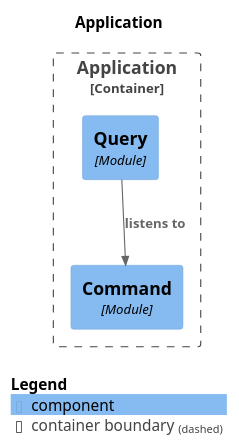
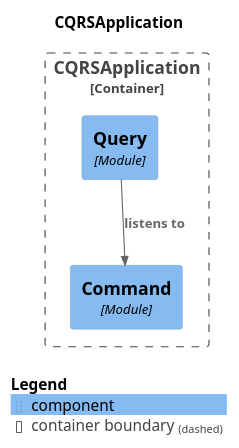
One commit to odrotbohm/cqrs-spring-modulith changed the diagram in generated-docs/uml/components.puml. Above: the diagram before and after it, drawn with PlantUML. The commit also changed 9 other files, not shown here.

```diff
--- a/generated-docs/uml/components.puml
+++ b/generated-docs/uml/components.puml
@@ -1,19 +1,19 @@
 @startuml
 set separator none
-title Application
+title CQRSApplication
 
 top to bottom direction
 
 !include <C4/C4>
 !include <C4/C4_Context>
 !include <C4/C4_Component>
 
-Container_Boundary("Application.Application_boundary", "Application", $tags="") {
-  Component(Application.Application.Command, "Command", $techn="Module", $descr="", $tags="", $link="")
-  Component(Application.Application.Query, "Query", $techn="Module", $descr="", $tags="", $link="")
+Container_Boundary("CQRSApplication.CQRSApplication_boundary", "CQRSApplication", $tags="") {
+  Component(CQRSApplication.CQRSApplication.Command, "Command", $techn="Module", $descr="", $tags="", $link="")
+  Component(CQRSApplication.CQRSApplication.Query, "Query", $techn="Module", $descr="", $tags="", $link="")
 }
 
-Rel(Application.Application.Query, Application.Application.Command, "listens to", $techn="", $tags="", $link="")
+Rel(CQRSApplication.CQRSApplication.Query, CQRSApplication.CQRSApplication.Command, "listens to", $techn="", $tags="", $link="")
 
 SHOW_LEGEND(true)
 @enduml
```
